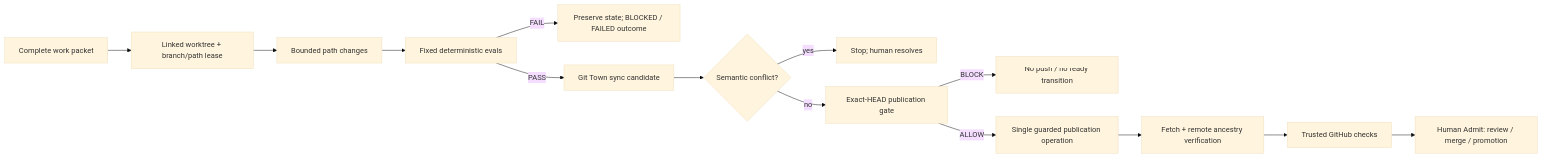
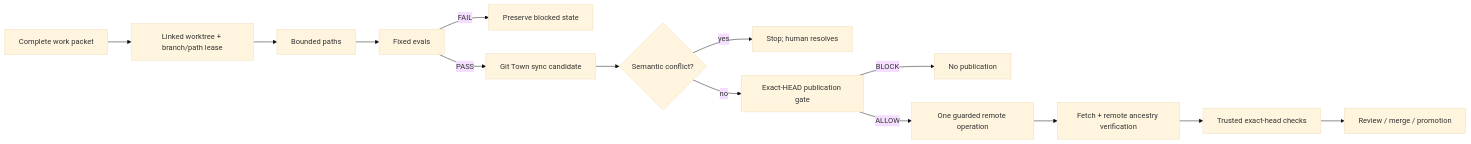
One commit to ed3c/gym-come-true changed the fourth of 4 diagrams in README.md. Above: the diagram before and after it, drawn with Mermaid (base theme). The commit also changed other lines of this file and 4 other files, not shown here.

````diff
--- a/README.md
+++ b/README.md
@@ -157,16 +155,16 @@
 ```mermaid
 flowchart LR
     Packet[Complete work packet] --> Lease[Linked worktree + branch/path lease]
-    Lease --> Edit[Bounded path changes]
-    Edit --> Eval[Fixed deterministic evals]
-    Eval -->|FAIL| Block[Preserve state; BLOCKED / FAILED outcome]
+    Lease --> Edit[Bounded paths]
+    Edit --> Eval[Fixed evals]
+    Eval -->|FAIL| Block[Preserve blocked state]
     Eval -->|PASS| Sync[Git Town sync candidate]
     Sync --> Conflict{Semantic conflict?}
     Conflict -->|yes| HumanConflict[Stop; human resolves]
-    Conflict -->|no| PublishGate[Exact-HEAD publication gate]
-    PublishGate -->|BLOCK| Hold[No push / no ready transition]
-    PublishGate -->|ALLOW| Remote[Single guarded publication operation]
+    Conflict -->|no| Gate[Exact-HEAD publication gate]
+    Gate -->|BLOCK| Hold[No publication]
+    Gate -->|ALLOW| Remote[One guarded remote operation]
     Remote --> Ancestry[Fetch + remote ancestry verification]
-    Ancestry --> Checks[Trusted GitHub checks]
-    Checks --> HumanAdmit[Human Admit: review / merge / promotion]
+    Ancestry --> Checks[Trusted exact-head checks]
+    Checks --> HumanAdmit[Review / merge / promotion]
 ```
````
